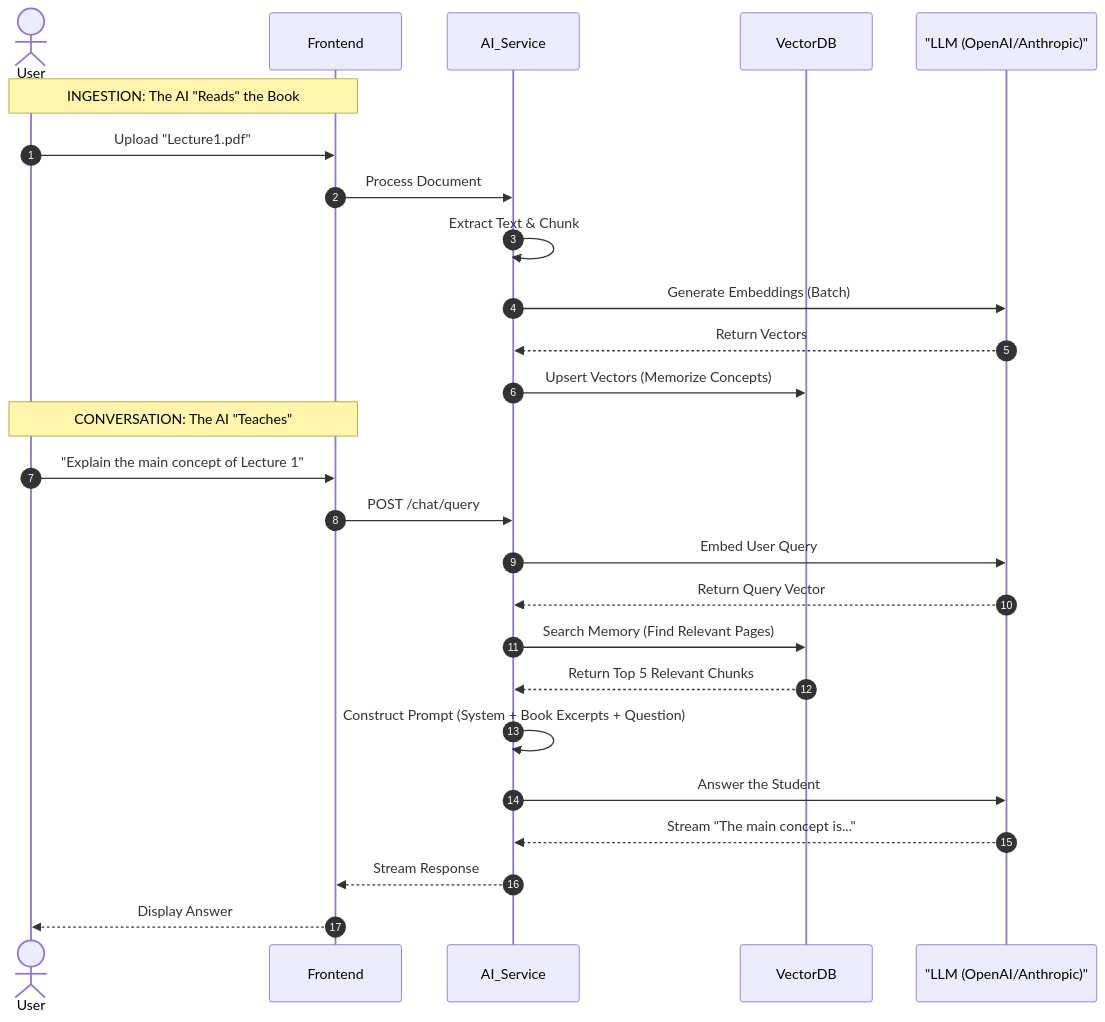
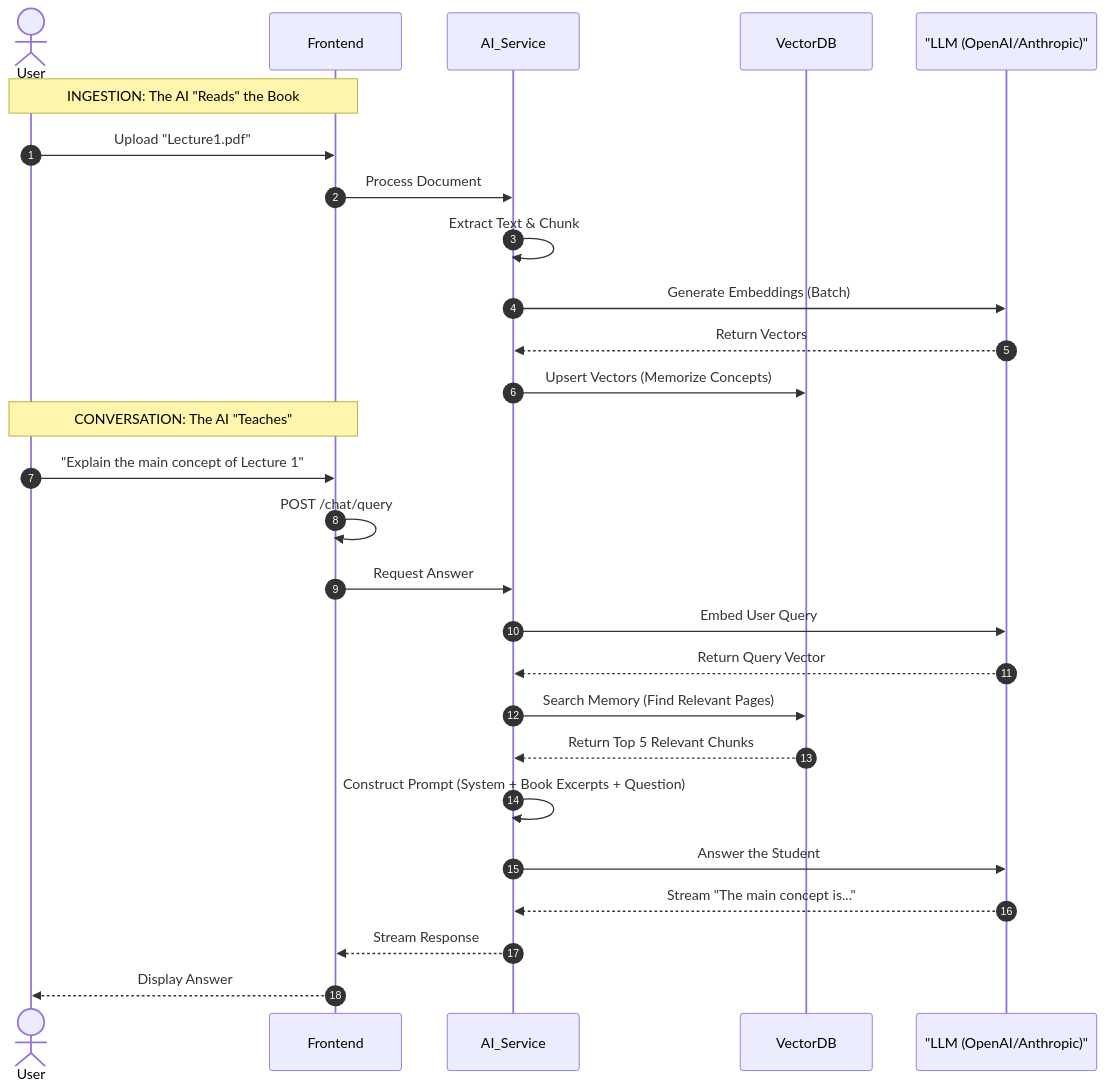
The diagram in docs/06_AI_Workflow.md (suvendukungfu/ai-education-platform), drawn with Mermaid before and after one commit. The commit also changed other lines of this file and 10 other files, not shown here.

````diff
--- a/docs/06_AI_Workflow.md
+++ b/docs/06_AI_Workflow.md
@@ -27,33 +27,34 @@
 ```mermaid
 sequenceDiagram
     autonumber
     actor User
     participant Frontend
     participant AI_Service
     participant VectorDB
     participant LLM as "LLM (OpenAI/Anthropic)"
 
     note over User, Frontend: INGESTION: The AI "Reads" the Book
     User->>Frontend: Upload "Lecture1.pdf"
     Frontend->>AI_Service: Process Document
     AI_Service->>AI_Service: Extract Text & Chunk
     AI_Service->>LLM: Generate Embeddings (Batch)
     LLM-->>AI_Service: Return Vectors
     AI_Service->>VectorDB: Upsert Vectors (Memorize Concepts)
 
     note over User, Frontend: CONVERSATION: The AI "Teaches"
     User->>Frontend: "Explain the main concept of Lecture 1"
-    Frontend->>AI_Service: POST /chat/query
+    Frontend->>Frontend: POST /chat/query
+    Frontend->>AI_Service: Request Answer
     AI_Service->>LLM: Embed User Query
     LLM-->>AI_Service: Return Query Vector
 
     AI_Service->>VectorDB: Search Memory (Find Relevant Pages)
     VectorDB-->>AI_Service: Return Top 5 Relevant Chunks
 
     AI_Service->>AI_Service: Construct Prompt (System + Book Excerpts + Question)
 
     AI_Service->>LLM: Answer the Student
     LLM-->>AI_Service: Stream "The main concept is..."
     AI_Service-->>Frontend: Stream Response
     Frontend-->>User: Display Answer
 ```
````
